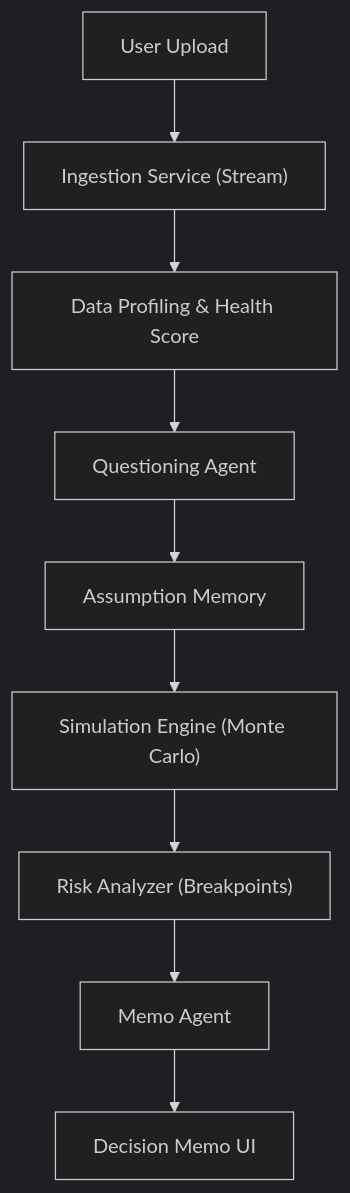
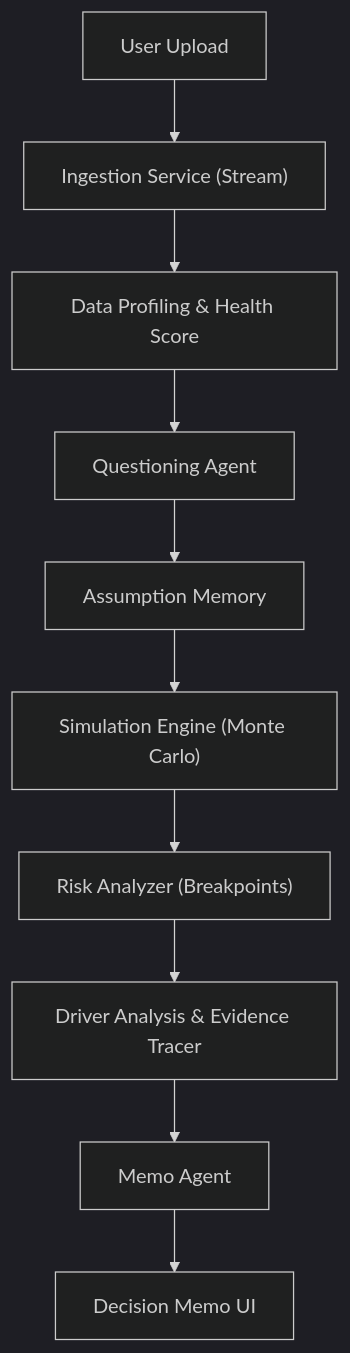
One commit to Lingikaushikreddy/AI-Decision-Copilot- changed the diagram in README.md. Above: the diagram before and after it, drawn with Mermaid (dark theme). The commit also changed other lines of this file, not shown here.

````diff
--- a/README.md
+++ b/README.md
@@ -41,11 +46,12 @@
 ```mermaid
 graph TD
     User[User Upload] --> Ingest["Ingestion Service (Stream)"]
     Ingest --> Profile["Data Profiling & Health Score"]
     Profile --> QA[Questioning Agent]
     QA --> Context[Assumption Memory]
     Context --> Sim["Simulation Engine (Monte Carlo)"]
     Sim --> Risk["Risk Analyzer (Breakpoints)"]
-    Risk --> Memo[Memo Agent]
+    Risk --> Explain["Driver Analysis & Evidence Tracer"]
+    Explain --> Memo[Memo Agent]
     Memo --> UI[Decision Memo UI]
 ```
````
